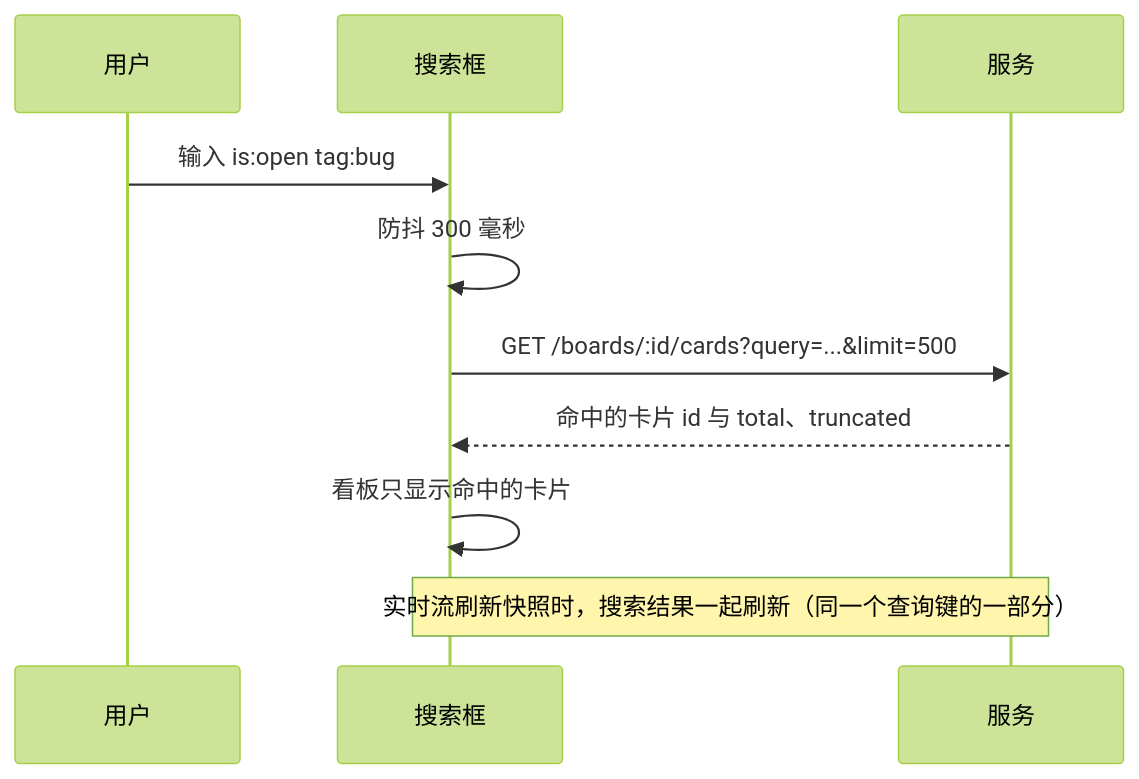
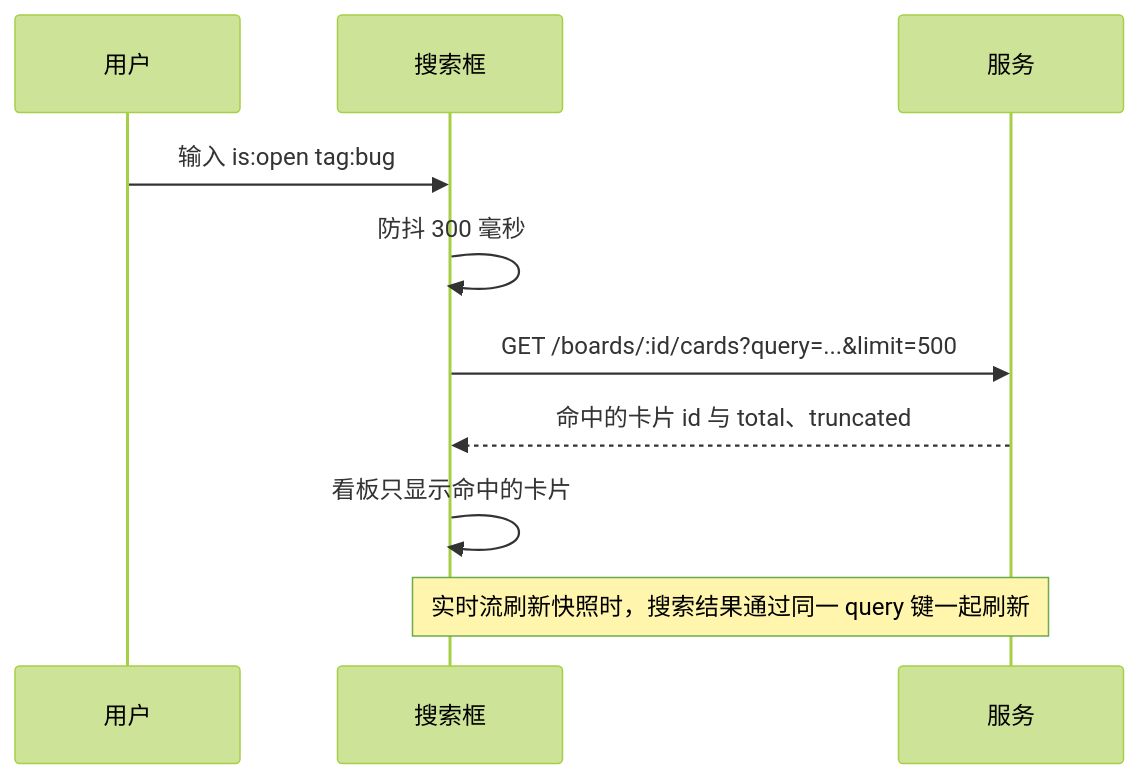
One commit to ixugo/slate-kanban changed the third of 3 diagrams in .cursor/scopes/web.board.md. Above: the diagram before and after it, drawn with Mermaid (forest theme). The commit also changed other lines of this file, not shown here.

````diff
--- a/.cursor/scopes/web.board.md
+++ b/.cursor/scopes/web.board.md
@@ -87,12 +104,12 @@
 ```mermaid
 sequenceDiagram
     participant U as 用户
     participant B as 搜索框
     participant S as 服务
     U->>B: 输入 is:open tag:bug
     B->>B: 防抖 300 毫秒
     B->>S: GET /boards/:id/cards?query=...&limit=500
     S-->>B: 命中的卡片 id 与 total、truncated
     B->>B: 看板只显示命中的卡片
-    Note over B,S: 实时流刷新快照时，搜索结果一起刷新（同一个查询键的一部分）
+    Note over B,S: 实时流刷新快照时，搜索结果通过同一 query 键一起刷新
 ```
````
